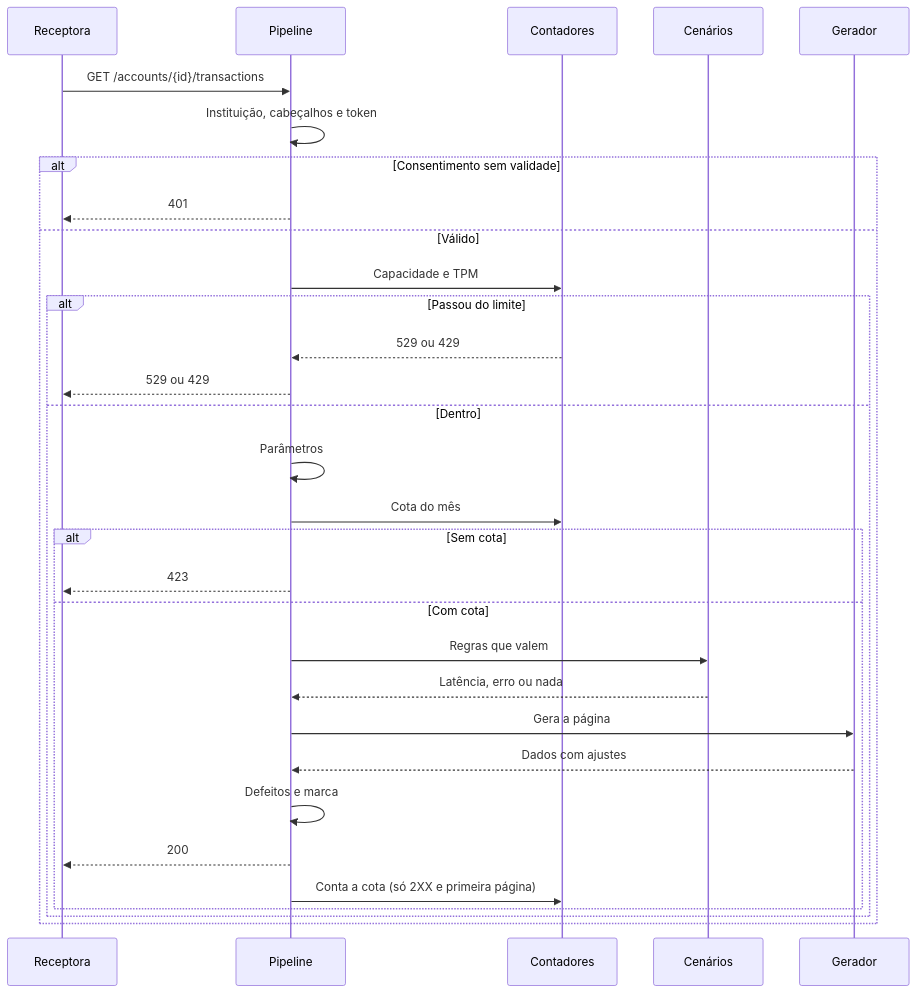
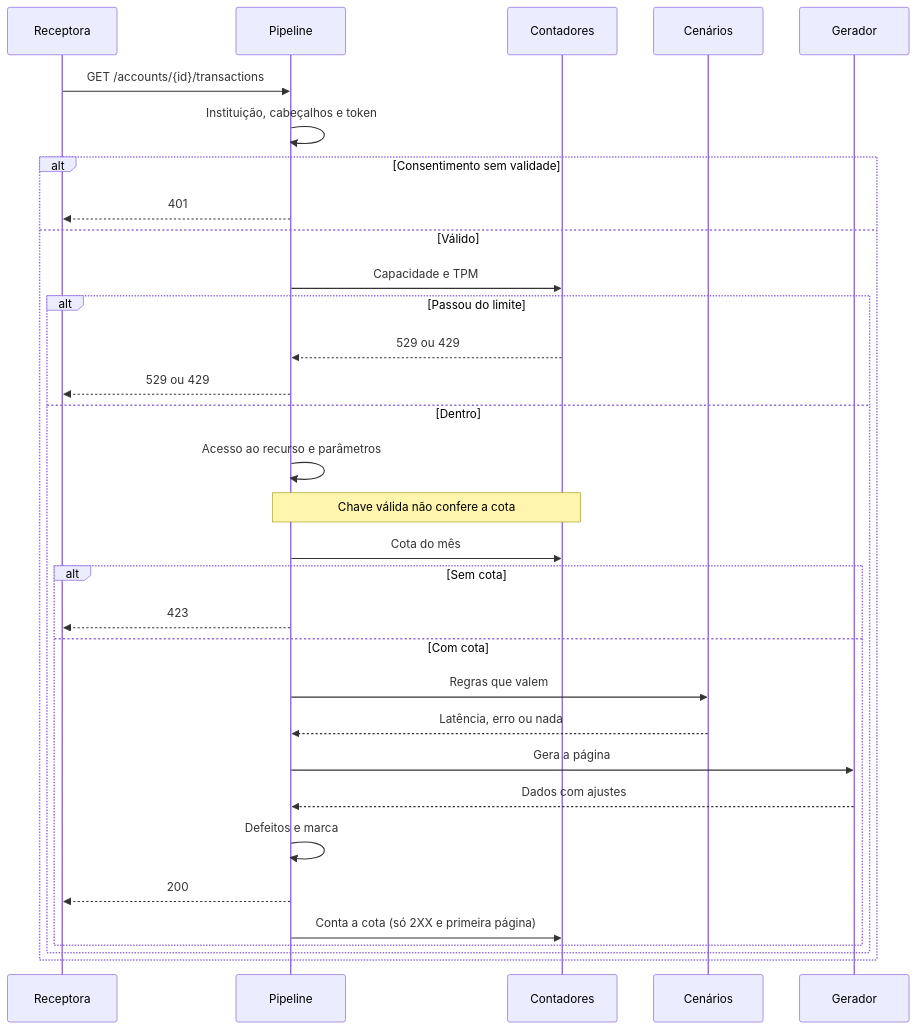
One commit to marcelosotto/open-finance-simulator changed the diagram in docs/03-design/sequencia/02-chamada-de-dados.md. Above: the diagram before and after it, drawn with Mermaid. The commit also changed 10 other files, not shown here.

````diff
--- a/docs/03-design/sequencia/02-chamada-de-dados.md
+++ b/docs/03-design/sequencia/02-chamada-de-dados.md
@@ -3,34 +3,35 @@
 ```mermaid
 sequenceDiagram
   participant R as Receptora
   participant P as Pipeline
   participant L as Contadores
   participant C as Cenários
   participant G as Gerador
 
   R->>P: GET /accounts/{id}/transactions
   P->>P: Instituição, cabeçalhos e token
   alt Consentimento sem validade
     P-->>R: 401
   else Válido
     P->>L: Capacidade e TPM
     alt Passou do limite
       L-->>P: 529 ou 429
       P-->>R: 529 ou 429
     else Dentro
-      P->>P: Parâmetros
+      P->>P: Acesso ao recurso e parâmetros
+      Note over P,L: Chave válida não confere a cota
       P->>L: Cota do mês
       alt Sem cota
         P-->>R: 423
       else Com cota
         P->>C: Regras que valem
         C-->>P: Latência, erro ou nada
         P->>G: Gera a página
         G-->>P: Dados com ajustes
         P->>P: Defeitos e marca
         P-->>R: 200
         P->>L: Conta a cota (só 2XX e primeira página)
       end
     end
   end
 ```
````
